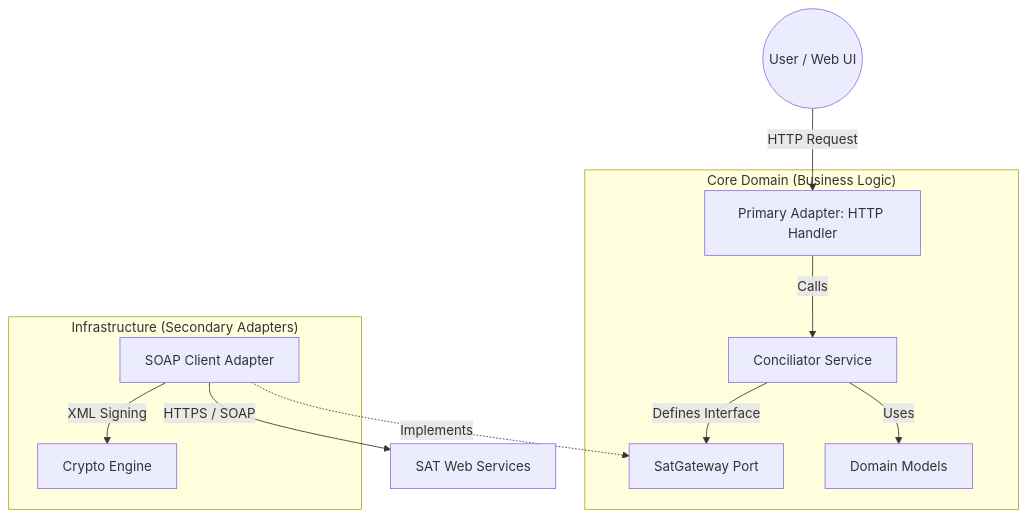
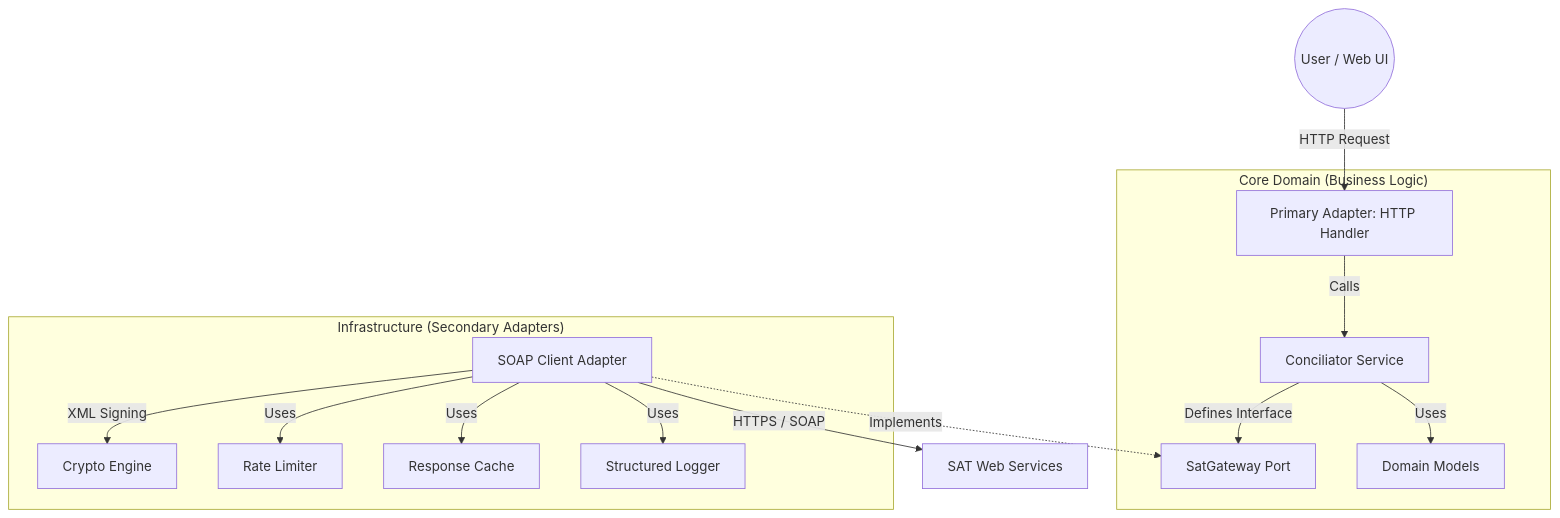
The diagram in README.md (1rene0lguin/sat-reconciler), drawn with Mermaid before and after one commit. The commit also changed other lines of this file, not shown here.

````diff
--- a/README.md
+++ b/README.md
@@ -33,18 +48,20 @@
 ```mermaid
 graph TD
     User((User / Web UI)) -->|HTTP Request| Handler[Primary Adapter: HTTP Handler]
     
     subgraph "Core Domain (Business Logic)"
         Handler -->|Calls| Service[Conciliator Service]
         Service -->|Defines Interface| Port[SatGateway Port]
         Service -->|Uses| Models[Domain Models]
     end
     
     subgraph "Infrastructure (Secondary Adapters)"
         SoapAdapter[SOAP Client Adapter] -.->|Implements| Port
         SoapAdapter -->|XML Signing| RequestBuilder[Crypto Engine]
+        SoapAdapter -->|Uses| RateLimit[Rate Limiter]
+        SoapAdapter -->|Uses| Cache[Response Cache]
+        SoapAdapter -->|Uses| Logger[Structured Logger]
     end
     
     SoapAdapter -->|HTTPS / SOAP| SAT[SAT Web Services]
-
 ```
````
